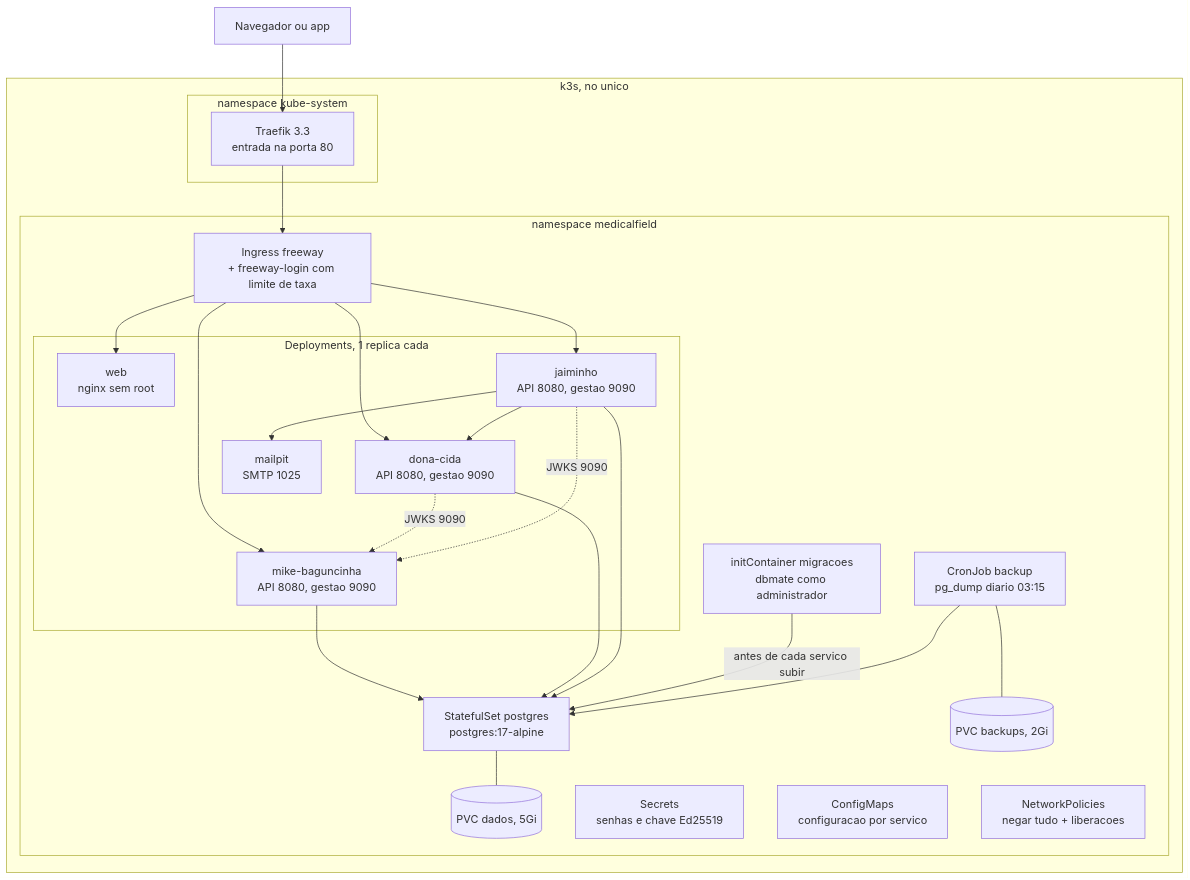
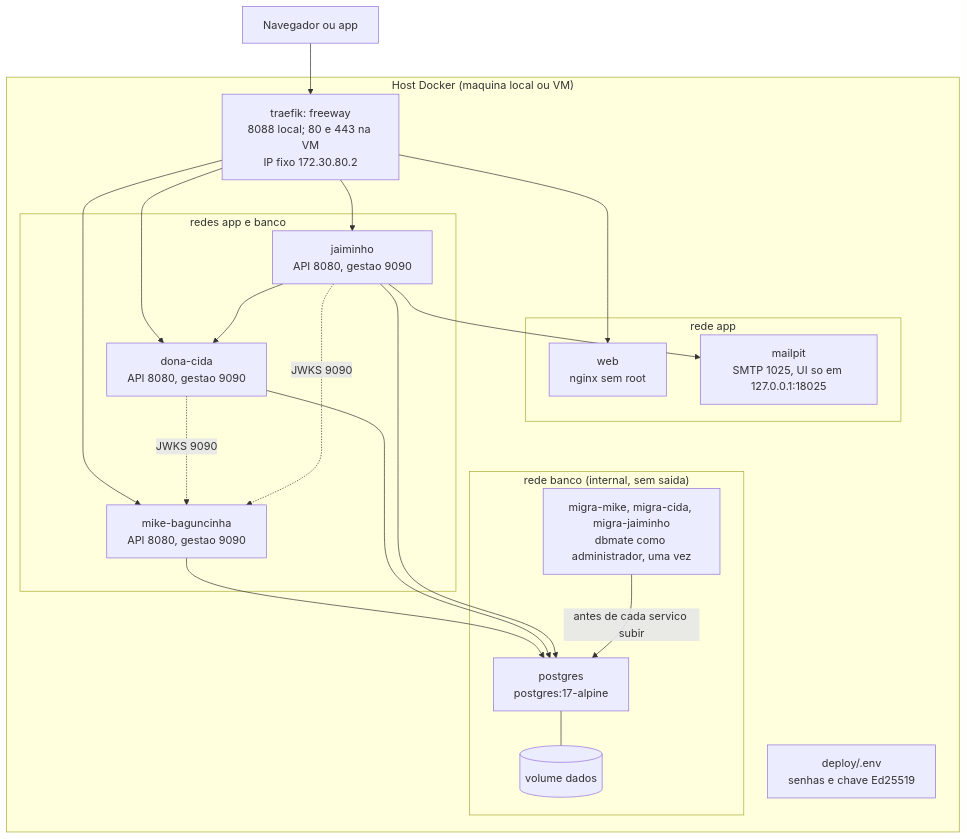
One commit to ArthurRostirolla/MedicalField changed the second of 2 diagrams in docs/arquitetura/arquitetura.md. Above: the diagram before and after it, drawn with Mermaid. The commit also changed other lines of this file and 14 other files, not shown here.

Commit message:
docs: implantacao com Docker Compose (arquitetura, seguranca, operacao na VM, testes)

````diff
--- a/docs/arquitetura/arquitetura.md
+++ b/docs/arquitetura/arquitetura.md
@@ -79,48 +81,42 @@
 ```mermaid
 flowchart TB
   cliente["Navegador ou app"]
 
-  subgraph k3s["k3s, no unico"]
-    subgraph kubesystem["namespace kube-system"]
-      traefik["Traefik 3.3<br/>entrada na porta 80"]
+  subgraph host["Host Docker (maquina local ou VM)"]
+    traefik["traefik: freeway<br/>8088 local; 80 e 443 na VM<br/>IP fixo 172.30.80.2"]
+
+    subgraph redeapp["rede app"]
+      web["web<br/>nginx sem root"]
+      mail["mailpit<br/>SMTP 1025, UI so em 127.0.0.1:18025"]
     end
 
-    subgraph ns["namespace medicalfield"]
-      ing["Ingress freeway<br/>+ freeway-login com limite de taxa"]
+    subgraph ambas["redes app e banco"]
+      mike["mike-baguncinha<br/>API 8080, gestao 9090"]
+      cida["dona-cida<br/>API 8080, gestao 9090"]
+      jai["jaiminho<br/>API 8080, gestao 9090"]
+    end
 
-      subgraph deployments["Deployments, 1 replica cada"]
-        dweb["web<br/>nginx sem root"]
-        dmike["mike-baguncinha<br/>API 8080, gestao 9090"]
-        dcida["dona-cida<br/>API 8080, gestao 9090"]
-        djai["jaiminho<br/>API 8080, gestao 9090"]
-        dmail["mailpit<br/>SMTP 1025"]
-      end
+    subgraph redebanco["rede banco (internal, sem saida)"]
+      migra["migra-mike, migra-cida, migra-jaiminho<br/>dbmate como administrador, uma vez"]
+      pg["postgres<br/>postgres:17-alpine"]
+      vol[("volume dados")]
+    end
 
-      init["initContainer migracoes<br/>dbmate como administrador"]
-      sts["StatefulSet postgres<br/>postgres:17-alpine"]
-      pvc1[("PVC dados, 5Gi")]
-      cron["CronJob backup<br/>pg_dump diario 03:15"]
-      pvc2[("PVC backups, 2Gi")]
-      sec["Secrets<br/>senhas e chave Ed25519"]
-      cm["ConfigMaps<br/>configuracao por servico"]
-      np["NetworkPolicies<br/>negar tudo + liberacoes"]
-    end
+    env["deploy/.env<br/>senhas e chave Ed25519"]
   end
 
-  cliente --> traefik --> ing
-  ing --> dweb
-  ing --> dmike
-  ing --> dcida
-  ing --> djai
-  dmike --> sts
-  dcida --> sts
-  djai --> sts
-  djai --> dcida
-  djai --> dmail
-  dcida -. "JWKS 9090" .-> dmike
-  djai -. "JWKS 9090" .-> dmike
-  init -- "antes de cada servico subir" --> sts
-  sts --- pvc1
-  cron --> sts
-  cron --- pvc2
+  cliente --> traefik
+  traefik --> web
+  traefik --> mike
+  traefik --> cida
+  traefik --> jai
+  mike --> pg
+  cida --> pg
+  jai --> pg
+  jai --> cida
+  jai --> mail
+  cida -. "JWKS 9090" .-> mike
+  jai -. "JWKS 9090" .-> mike
+  migra -- "antes de cada servico subir" --> pg
+  pg --- vol
 ```
````
